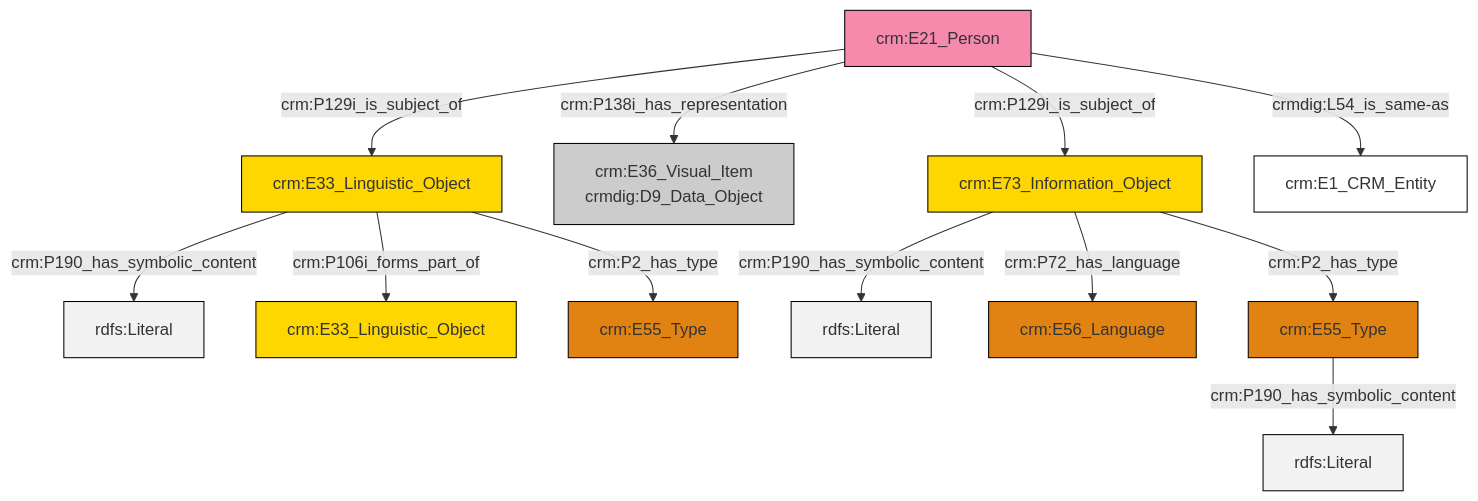
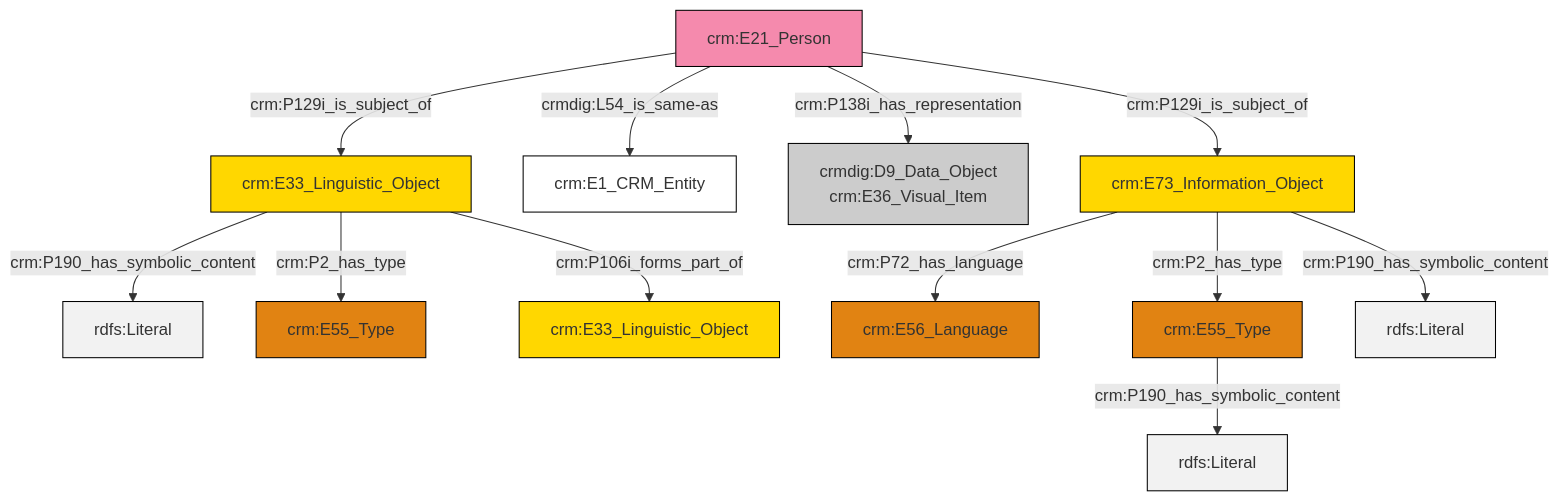
One commit to swiss-art-research-net/reference-data-models changed the diagram in et/personCSV/ttl/mmd/Person_Documentation.ttl.mmd. Above: the diagram before and after it, drawn with Mermaid. The commit also changed 128 other files, not shown here.

```diff
--- a/et/personCSV/ttl/mmd/Person_Documentation.ttl.mmd
+++ b/et/personCSV/ttl/mmd/Person_Documentation.ttl.mmd
@@ -1,26 +1,26 @@
 graph TD
 classDef Literal fill:#f2f2f2,stroke:#000000;
 classDef CRM_Entity fill:#FFFFFF,stroke:#000000;
 classDef Temporal_Entity fill:#00C9E6, stroke:#000000;
 classDef Type fill:#E18312, stroke:#000000;
 classDef Time-Span fill:#2C9C91, stroke:#000000;
 classDef Appellation fill:#FFEB7F, stroke:#000000;
 classDef Place fill:#008836, stroke:#000000;
 classDef Persistent_Item fill:#B266B2, stroke:#000000;
 classDef Conceptual_Object fill:#FFD700, stroke:#000000;
 classDef Physical_Thing fill:#D2B48C, stroke:#000000;
 classDef Actor fill:#f58aad, stroke:#000000;
 classDef PC_Classes fill:#4ce600, stroke:#000000;
 classDef Multi fill:#cccccc,stroke:#000000;
 
-0["crm:E55_Type"]:::Type -->|crm:P190_has_symbolic_content| 1[rdfs:Literal]:::Literal
-5["crm:E33_Linguistic_Object"]:::Conceptual_Object -->|crm:P190_has_symbolic_content| 6[rdfs:Literal]:::Literal
-5["crm:E33_Linguistic_Object"]:::Conceptual_Object -->|crm:P106i_forms_part_of| 9["crm:E33_Linguistic_Object"]:::Conceptual_Object
-2["crm:E73_Information_Object"]:::Conceptual_Object -->|crm:P190_has_symbolic_content| 10[rdfs:Literal]:::Literal
-5["crm:E33_Linguistic_Object"]:::Conceptual_Object -->|crm:P2_has_type| 7["crm:E55_Type"]:::Type
-17["crm:E21_Person"]:::Actor -->|crm:P129i_is_subject_of| 5["crm:E33_Linguistic_Object"]:::Conceptual_Object
-2["crm:E73_Information_Object"]:::Conceptual_Object -->|crm:P72_has_language| 14["crm:E56_Language"]:::Type
-2["crm:E73_Information_Object"]:::Conceptual_Object -->|crm:P2_has_type| 0["crm:E55_Type"]:::Type
-17["crm:E21_Person"]:::Actor -->|crm:P138i_has_representation| 20["crm:E36_Visual_Item<br>crmdig:D9_Data_Object"]:::Multi
-17["crm:E21_Person"]:::Actor -->|crm:P129i_is_subject_of| 2["crm:E73_Information_Object"]:::Conceptual_Object
-17["crm:E21_Person"]:::Actor -->|crmdig:L54_is_same-as| 11["crm:E1_CRM_Entity"]:::CRM_Entity
+4["crm:E73_Information_Object"]:::Conceptual_Object -->|crm:P72_has_language| 5["crm:E56_Language"]:::Type
+6["crm:E55_Type"]:::Type -->|crm:P190_has_symbolic_content| 7[rdfs:Literal]:::Literal
+8["crm:E21_Person"]:::Actor -->|crm:P129i_is_subject_of| 2["crm:E33_Linguistic_Object"]:::Conceptual_Object
+4["crm:E73_Information_Object"]:::Conceptual_Object -->|crm:P2_has_type| 6["crm:E55_Type"]:::Type
+8["crm:E21_Person"]:::Actor -->|crmdig:L54_is_same-as| 10["crm:E1_CRM_Entity"]:::CRM_Entity
+4["crm:E73_Information_Object"]:::Conceptual_Object -->|crm:P190_has_symbolic_content| 17[rdfs:Literal]:::Literal
+8["crm:E21_Person"]:::Actor -->|crm:P138i_has_representation| 0["crmdig:D9_Data_Object<br>crm:E36_Visual_Item"]:::Multi
+2["crm:E33_Linguistic_Object"]:::Conceptual_Object -->|crm:P190_has_symbolic_content| 20[rdfs:Literal]:::Literal
+8["crm:E21_Person"]:::Actor -->|crm:P129i_is_subject_of| 4["crm:E73_Information_Object"]:::Conceptual_Object
+2["crm:E33_Linguistic_Object"]:::Conceptual_Object -->|crm:P2_has_type| 11["crm:E55_Type"]:::Type
+2["crm:E33_Linguistic_Object"]:::Conceptual_Object -->|crm:P106i_forms_part_of| 14["crm:E33_Linguistic_Object"]:::Conceptual_Object
```
